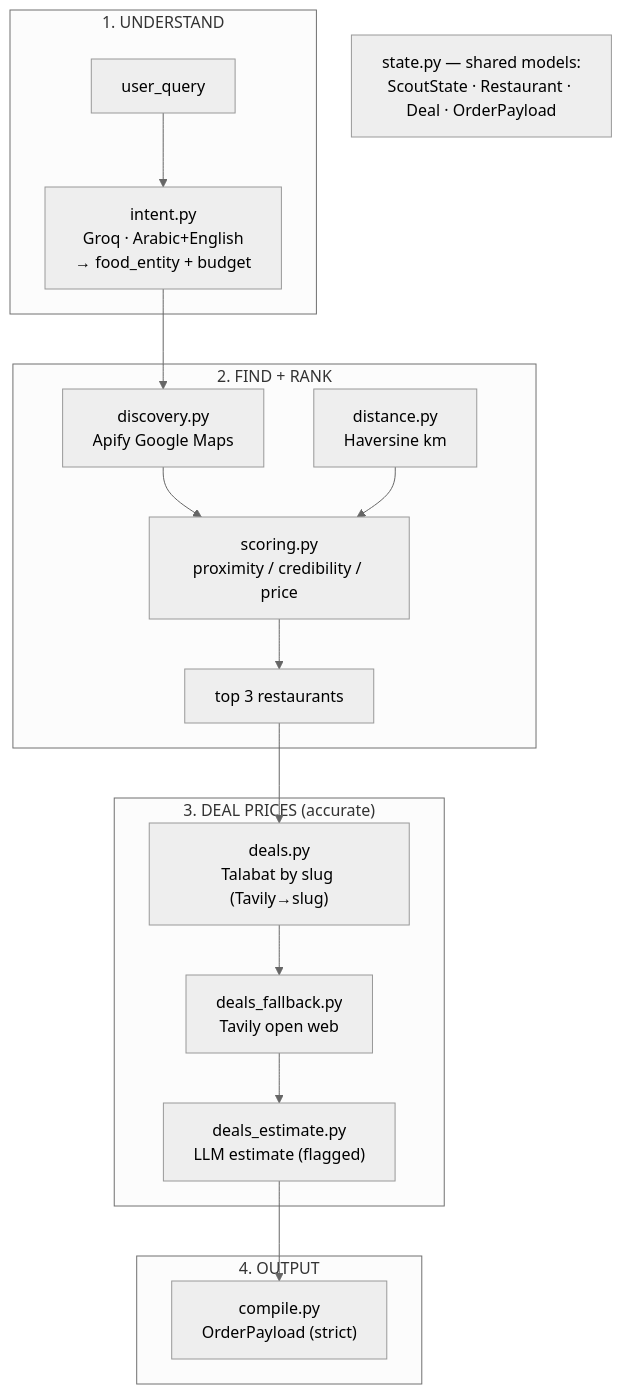
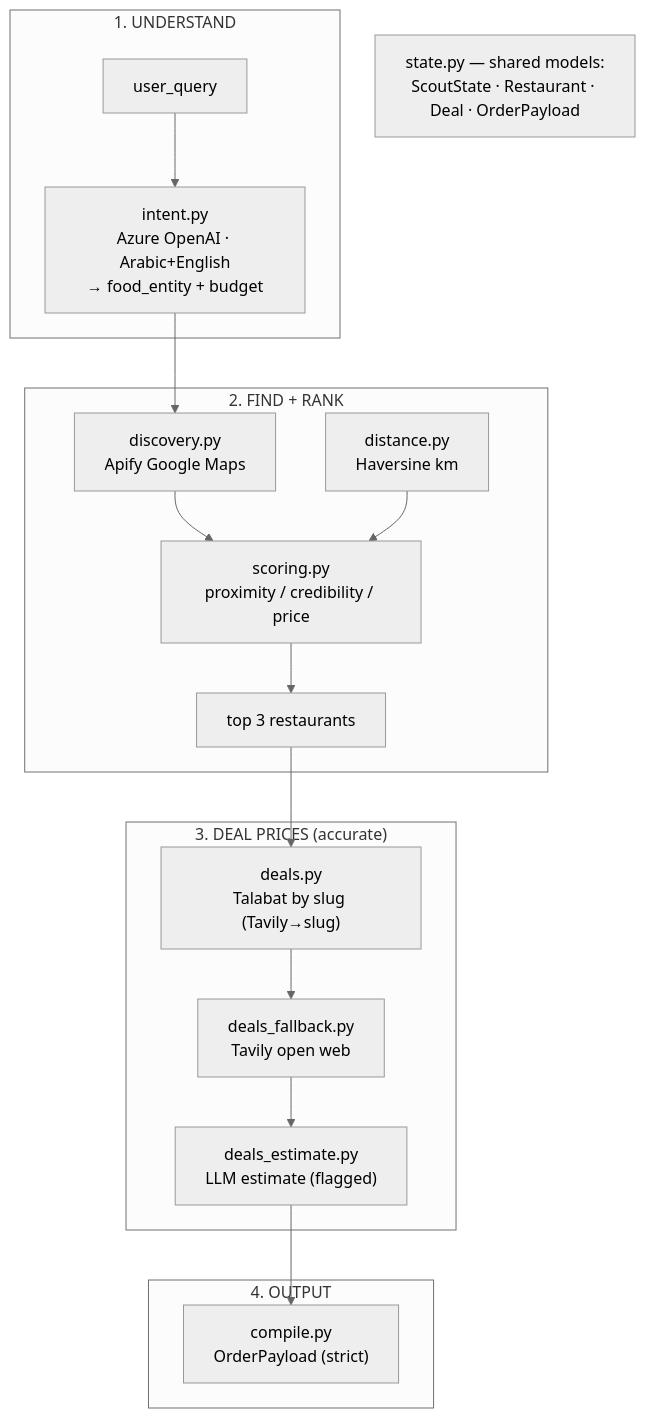
One commit to Abdallah035/FoodPilot-AI changed the third of 5 diagrams in README.md. Above: the diagram before and after it, drawn with Mermaid (neutral theme). The commit also changed other lines of this file and 31 other files, not shown here.

Commit message:
feat: unify LLM API to be Azure OpenAI

````diff
--- a/README.md
+++ b/README.md
@@ -60,26 +60,26 @@
 ```mermaid
 flowchart TD
     subgraph in[" 1. UNDERSTAND "]
-      Q["user_query"] --> INT["intent.py<br/>Groq · Arabic+English<br/>→ food_entity + budget"]
+      Q["user_query"] --> INT["intent.py<br/>Azure OpenAI · Arabic+English<br/>→ food_entity + budget"]
     end
 
     subgraph find[" 2. FIND + RANK "]
       DISC["discovery.py<br/>Apify Google Maps"] --> SC["scoring.py<br/>proximity / credibility / price"]
       DIST["distance.py<br/>Haversine km"] --> SC
       SC --> TOP["top 3 restaurants"]
     end
 
     subgraph deals[" 3. DEAL PRICES (accurate) "]
       T1["deals.py<br/>Talabat by slug (Tavily→slug)"] --> T2["deals_fallback.py<br/>Tavily open web"]
       T2 --> T3["deals_estimate.py<br/>LLM estimate (flagged)"]
     end
 
     subgraph out[" 4. OUTPUT "]
       COMP["compile.py<br/>OrderPayload (strict)"]
     end
 
     INT --> DISC
     TOP --> T1
     T3 --> COMP
     ST["state.py — shared models:<br/>ScoutState · Restaurant · Deal · OrderPayload"]
 ```
````
